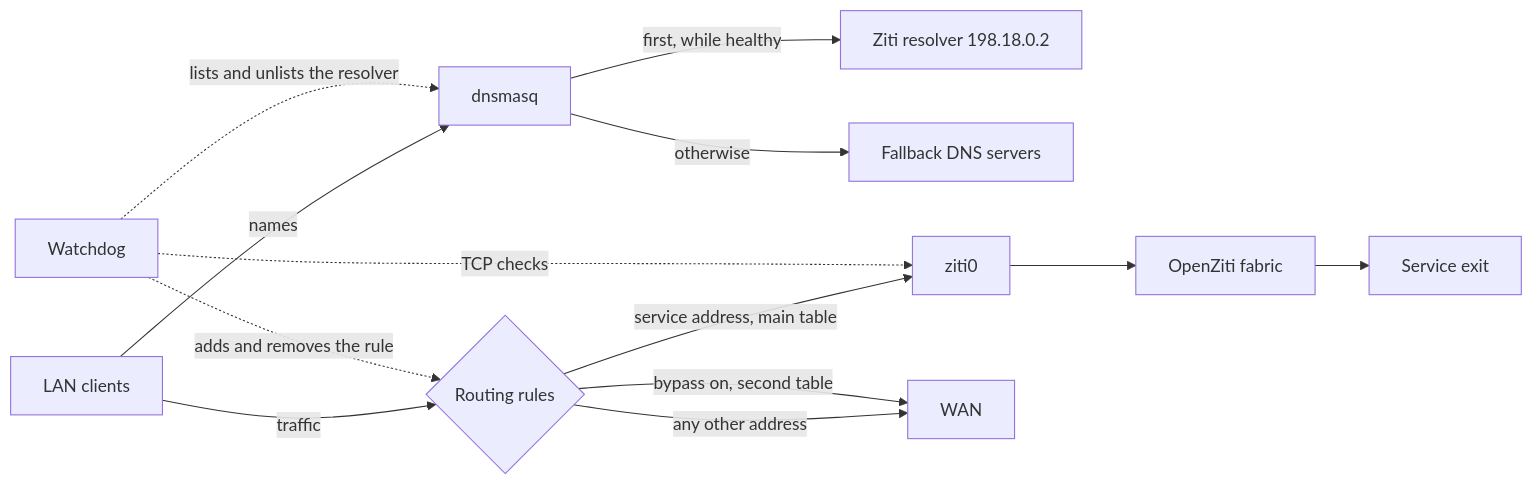
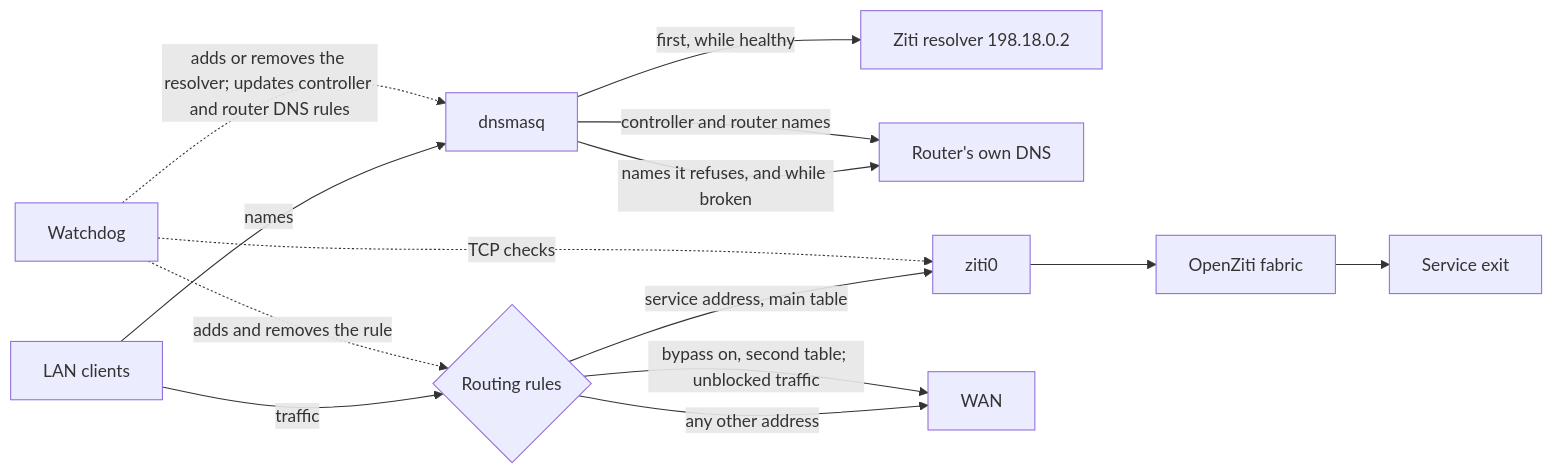
Before and after one commit to pipzic/openwrt-ziti-stack: the second of 2 diagrams in README.md, drawn with Mermaid. The commit also changed other lines of this file and 14 other files, not shown here.

First line of the commit message:
Use the router's DNS, harden the watchdog and LuCI backend (r23)

````diff
--- a/README.md
+++ b/README.md
@@ -192,14 +194,15 @@
 ```mermaid
 flowchart LR
     C[LAN clients] -->|names| D[dnsmasq]
     D -->|first, while healthy| Z[Ziti resolver 198.18.0.2]
-    D -->|otherwise| FB[Fallback DNS servers]
+    D -->|names it refuses, and while broken| RD[Router's own DNS]
+    D -->|controller and router names| RD
     C -->|traffic| R{Routing rules}
     R -->|service address, main table| T[ziti0]
     R -->|any other address| WAN[WAN]
-    R -->|bypass on, second table| WAN
+    R -->|bypass on, second table; unblocked traffic| WAN
     T --> FAB[OpenZiti fabric] --> E[Service exit]
     WD[Watchdog] -.->|TCP checks| T
     WD -.->|adds and removes the rule| R
-    WD -.->|lists and unlists the resolver| D
+    WD -.->|adds or removes the resolver; updates controller and router DNS rules| D
 ```
````
